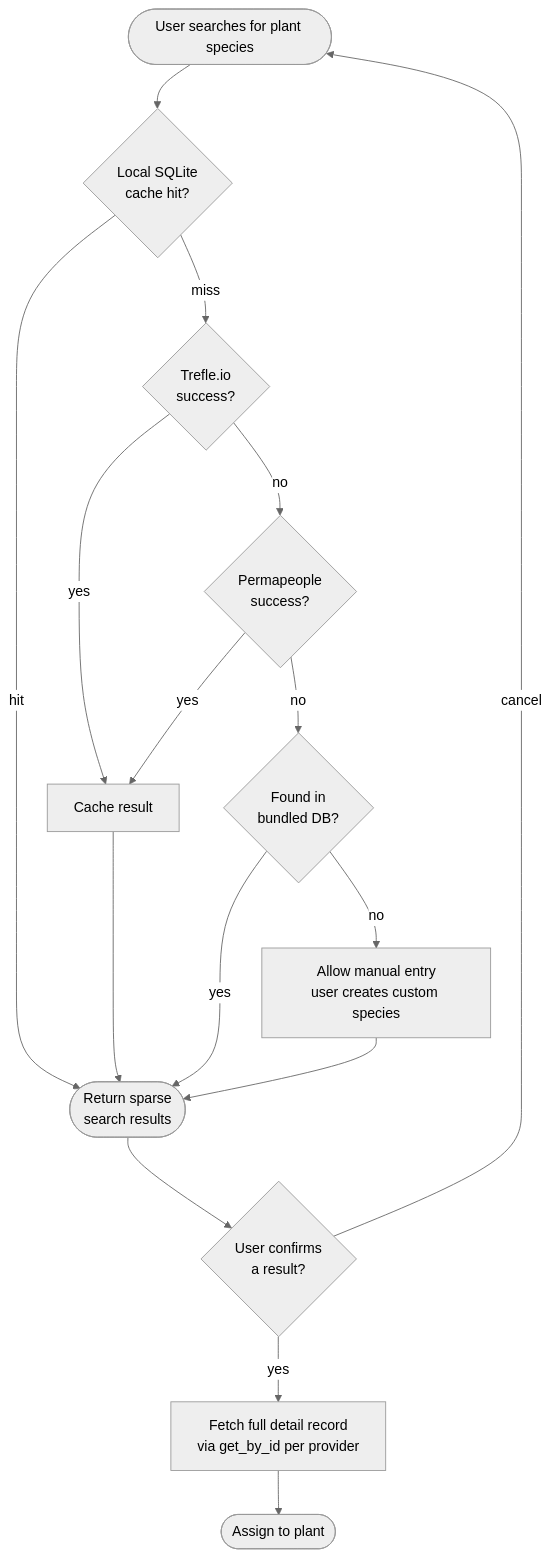
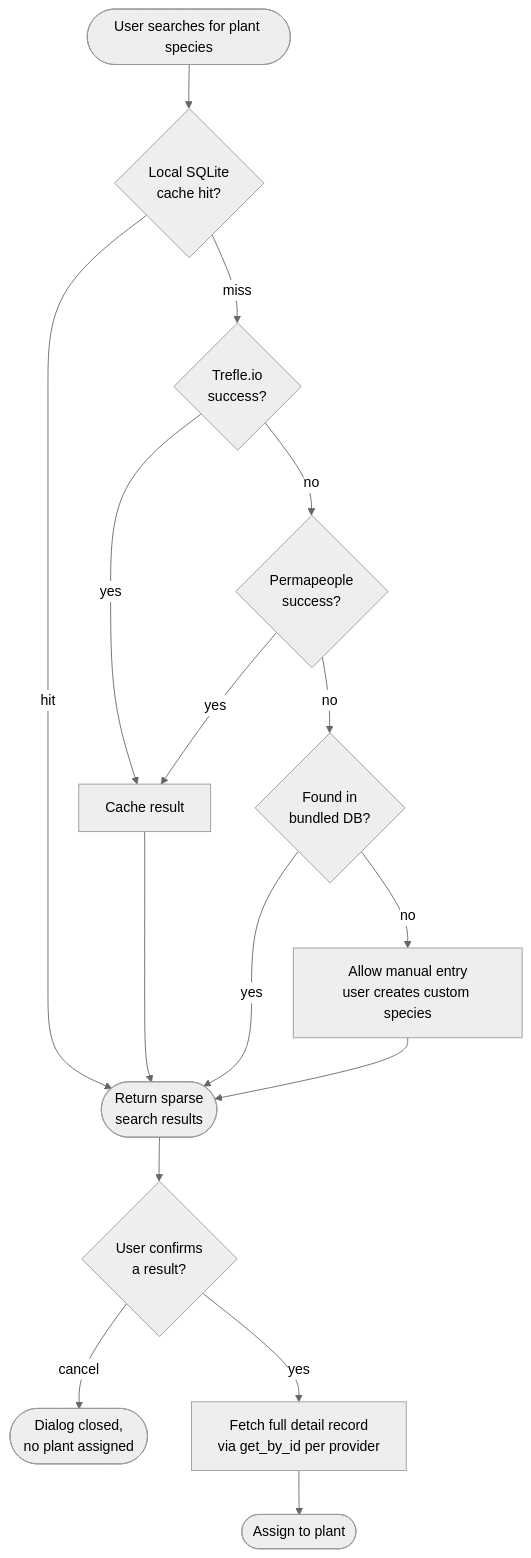
The fourth of 8 diagrams in docs/06-runtime-view/README.md (cofade/open-garden-planner), drawn with Mermaid (neutral theme) before and after one commit. The commit also changed 6 other files, not shown here.

````diff
--- a/docs/06-runtime-view/README.md
+++ b/docs/06-runtime-view/README.md
@@ -61,30 +61,31 @@
 ```mermaid
 flowchart TD
     Start([User searches for plant species])
     Cache{Local SQLite<br/>cache hit?}
     Trefle{Trefle.io<br/>success?}
     Perma{Permapeople<br/>success?}
     Bundled{Found in<br/>bundled DB?}
     Manual[Allow manual entry<br/>user creates custom species]
     Return([Return sparse<br/>search results])
     CacheWrite[Cache result]
     Confirm{User confirms<br/>a result?}
     Detail[Fetch full detail record<br/>via get_by_id per provider]
     Assign([Assign to plant])
 
     Start --> Cache
     Cache -->|hit| Return
     Cache -->|miss| Trefle
     Trefle -->|yes| CacheWrite
     Trefle -->|no| Perma
     Perma -->|yes| CacheWrite
     Perma -->|no| Bundled
     Bundled -->|yes| Return
     Bundled -->|no| Manual
     Manual --> Return
     CacheWrite --> Return
     Return --> Confirm
-    Confirm -->|cancel| Start
+    Cancelled([Dialog closed,<br/>no plant assigned])
+    Confirm -->|cancel| Cancelled
     Confirm -->|yes| Detail
     Detail --> Assign
 ```
````
